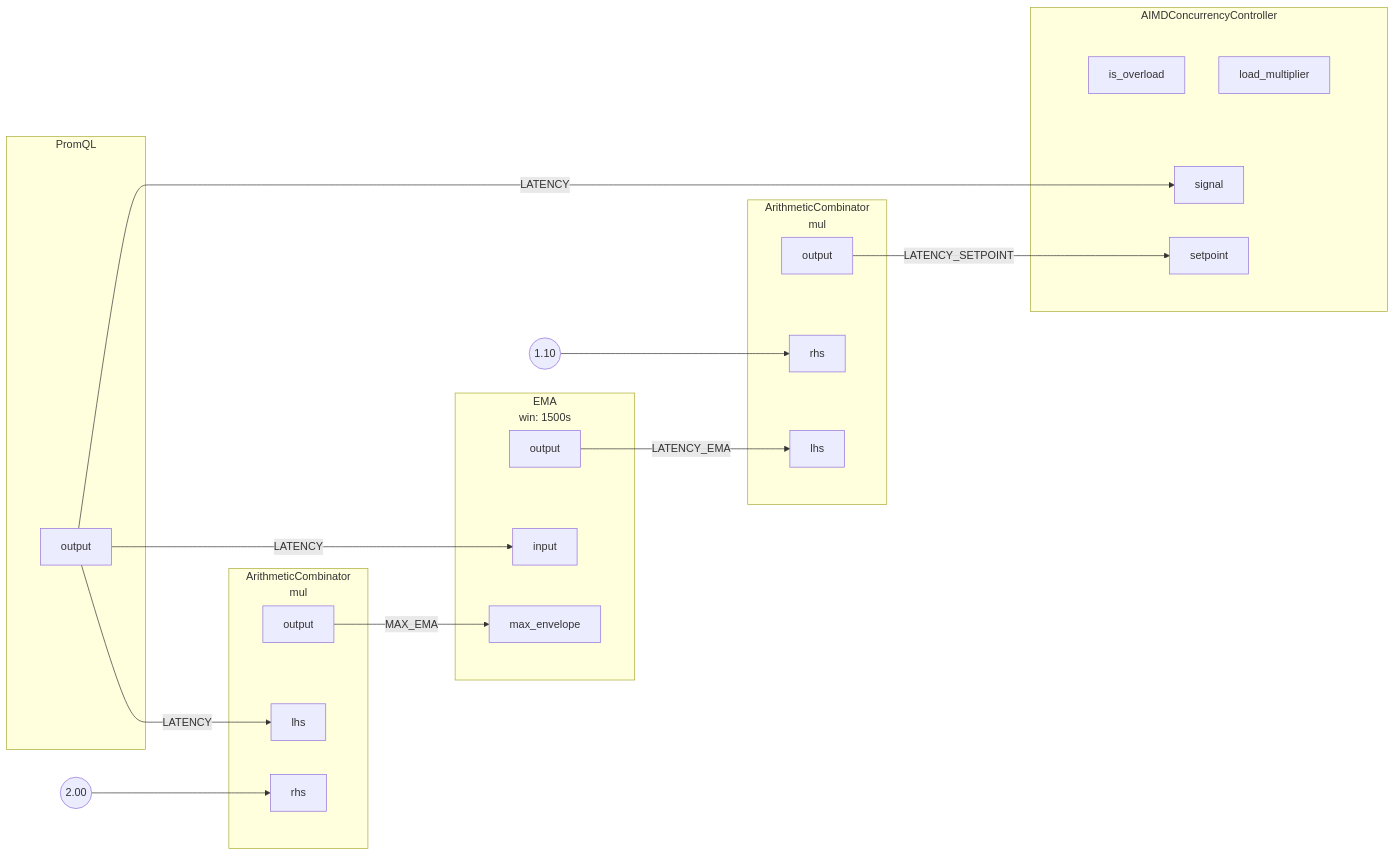
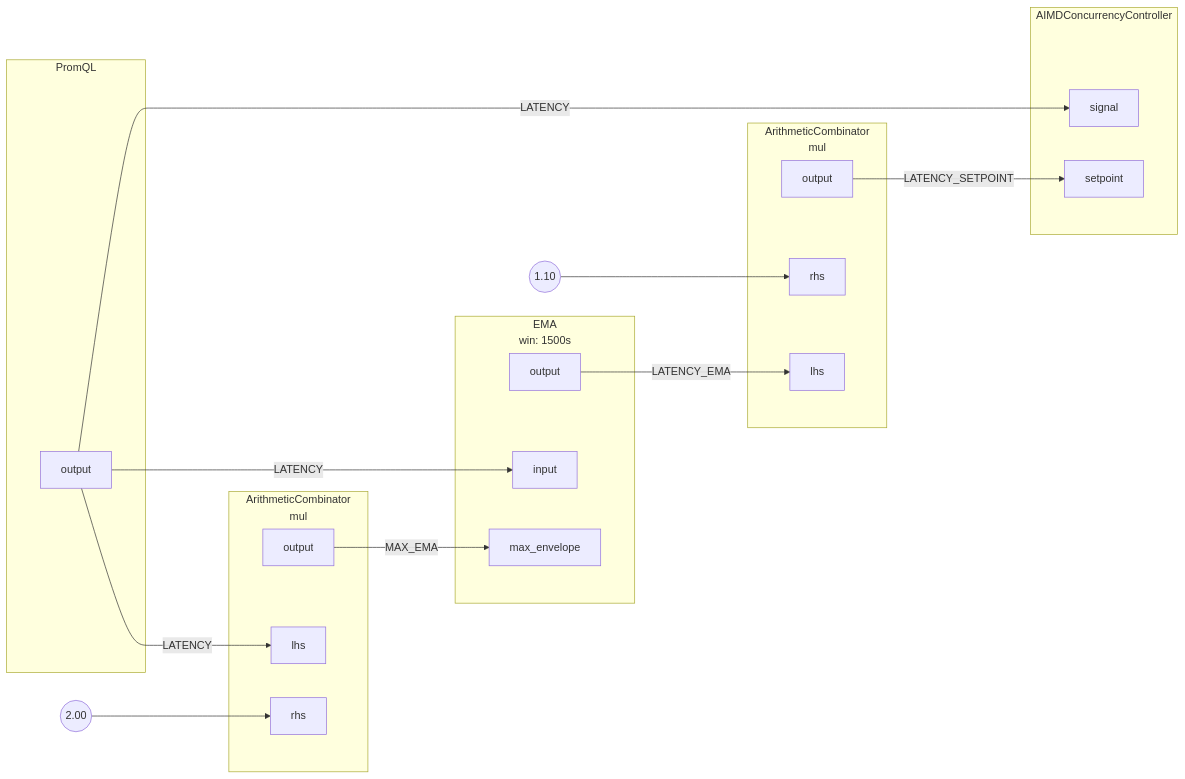
The diagram in docs/content/tutorials/integrations/flow-control/concurrency-limiting/assets/workload-prioritization/workload-prioritization.mmd (fluxninja/aperture), drawn with Mermaid before and after one commit. The commit also changed 18 other files, not shown here.

Commit message:
mermaid: do not render unused ports

```diff
--- a/docs/content/tutorials/integrations/flow-control/concurrency-limiting/assets/workload-prioritization/workload-prioritization.mmd
+++ b/docs/content/tutorials/integrations/flow-control/concurrency-limiting/assets/workload-prioritization/workload-prioritization.mmd
@@ -1,62 +1,60 @@
 flowchart LR
 subgraph root.0[PromQL]
 subgraph root.0_outports[ ]
 style root.0_outports fill:none,stroke:none
 root.0output[output]
 end
 end
+FakeConstant0((2.00))
+FakeConstant0 --> root.1rhs
 subgraph root.1[<center>ArithmeticCombinator<br/>mul</center>]
 subgraph root.1_inports[ ]
 style root.1_inports fill:none,stroke:none
 root.1lhs[lhs]
 root.1rhs[rhs]
 end
 subgraph root.1_outports[ ]
 style root.1_outports fill:none,stroke:none
 root.1output[output]
 end
 end
-FakeConstant0((2.00))
-FakeConstant0 --> root.1rhs
+FakeConstant1((1.10))
+FakeConstant1 --> root.2rhs
 subgraph root.2[<center>ArithmeticCombinator<br/>mul</center>]
 subgraph root.2_inports[ ]
 style root.2_inports fill:none,stroke:none
+root.2rhs[rhs]
 root.2lhs[lhs]
-root.2rhs[rhs]
 end
 subgraph root.2_outports[ ]
 style root.2_outports fill:none,stroke:none
 root.2output[output]
 end
 end
-FakeConstant1((1.10))
-FakeConstant1 --> root.2rhs
 subgraph root.3[<center>EMA<br/>win: 1500s</center>]
 subgraph root.3_inports[ ]
 style root.3_inports fill:none,stroke:none
 root.3input[input]
 root.3max_envelope[max_envelope]
 end
 subgraph root.3_outports[ ]
 style root.3_outports fill:none,stroke:none
 root.3output[output]
 end
 end
 subgraph root.4[AIMDConcurrencyController]
 subgraph root.4_inports[ ]
 style root.4_inports fill:none,stroke:none
 root.4setpoint[setpoint]
 root.4signal[signal]
 end
 subgraph root.4_outports[ ]
 style root.4_outports fill:none,stroke:none
-root.4is_overload[is_overload]
-root.4load_multiplier[load_multiplier]
 end
 end
+root.3output --> |LATENCY_EMA| root.2lhs
 root.0output --> |LATENCY| root.1lhs
 root.0output --> |LATENCY| root.3input
 root.0output --> |LATENCY| root.4signal
 root.1output --> |MAX_EMA| root.3max_envelope
 root.2output --> |LATENCY_SETPOINT| root.4setpoint
-root.3output --> |LATENCY_EMA| root.2lhs
```
